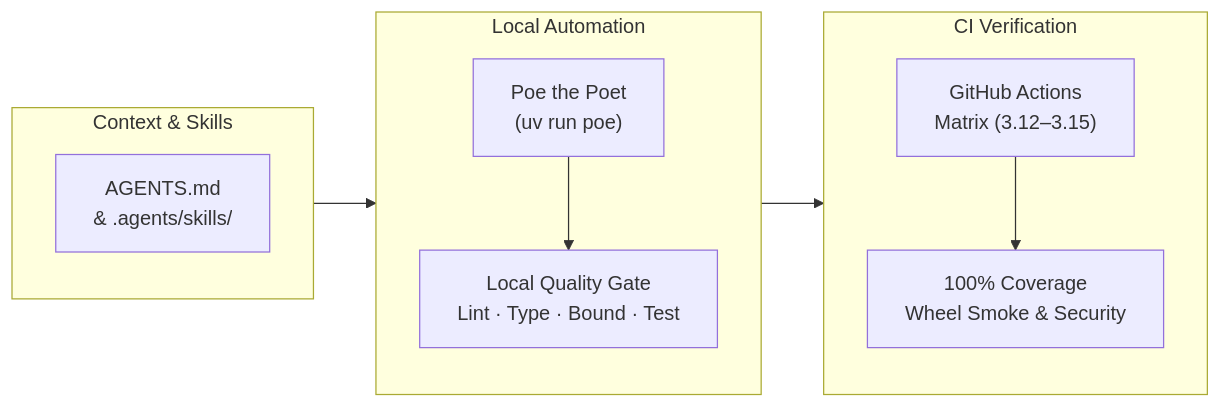
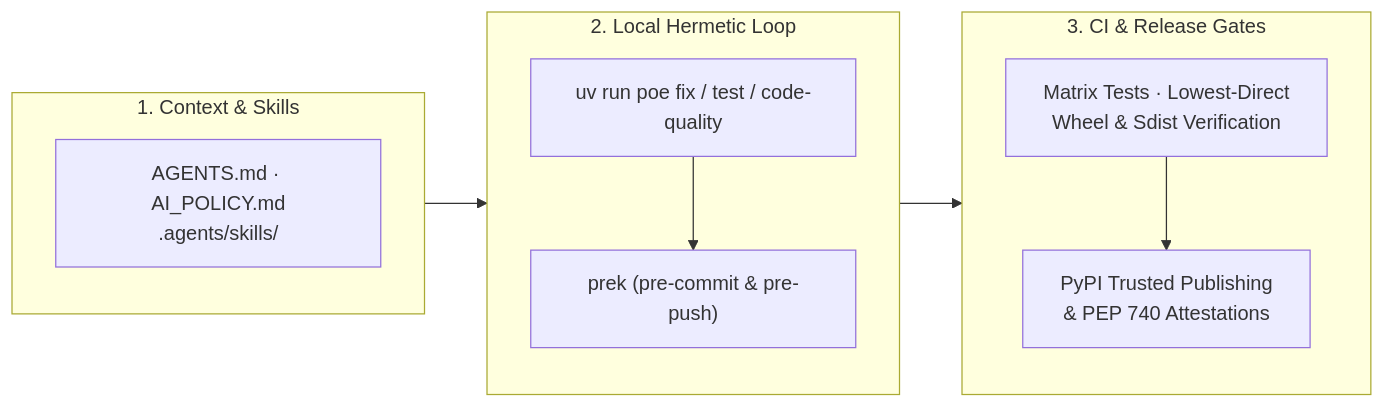
Before and after one commit to bwrob/zenith: the first of 2 diagrams in docs/philosophy.md, drawn with Mermaid. The commit also changed other lines of this file and 35 other files, not shown here.

````diff
--- a/docs/philosophy.md
+++ b/docs/philosophy.md
@@ -229,23 +76,23 @@
 ```mermaid
 flowchart LR
-    subgraph S1["Context & Skills"]
+    subgraph S1["1. Context & Skills"]
         direction TB
-        AG["AGENTS.md<br/>& .agents/skills/"]
+        AG["AGENTS.md · AI_POLICY.md<br/>.agents/skills/"]
     end
 
-    subgraph S2["Local Automation"]
+    subgraph S2["2. Local Hermetic Loop"]
         direction TB
-        Poe["Poe the Poet<br/>(uv run poe)"]
-        Tools["Local Quality Gate<br/>Lint · Type · Bound · Test"]
-        Poe --> Tools
+        Poe["uv run poe fix / test / code-quality"]
+        Prek["prek (pre-commit & pre-push)"]
+        Poe --> Prek
     end
 
-    subgraph S3["CI Verification"]
+    subgraph S3["3. CI & Release Gates"]
         direction TB
-        CI["GitHub Actions<br/>Matrix (3.12–3.15)"]
-        Gates["100% Coverage<br/>Wheel Smoke & Security"]
-        CI --> Gates
+        CI["Matrix Tests · Lowest-Direct<br/>Wheel & Sdist Verification"]
+        Pub["PyPI Trusted Publishing<br/>& PEP 740 Attestations"]
+        CI --> Pub
     end
 
     S1 --> S2 --> S3
 ```
````
